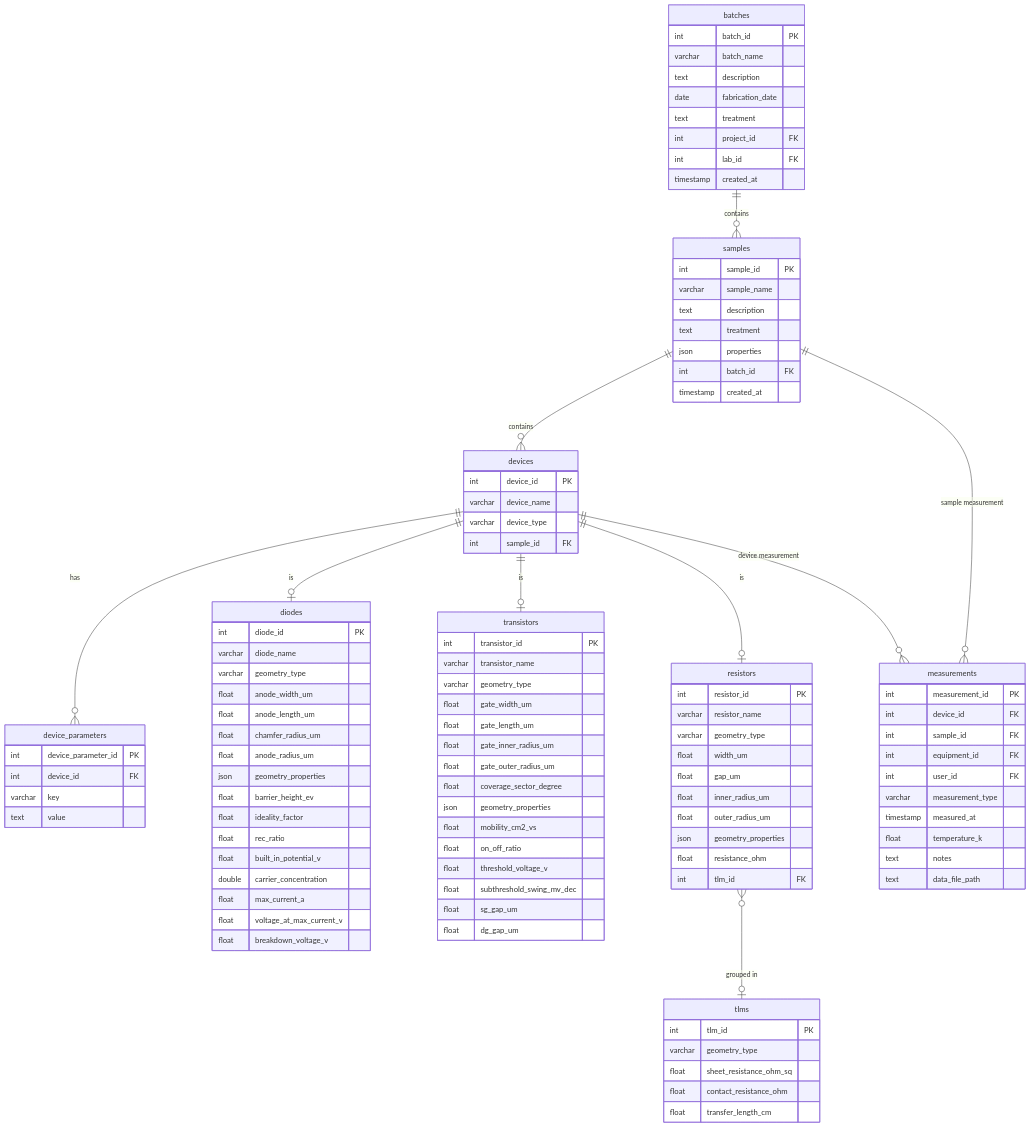
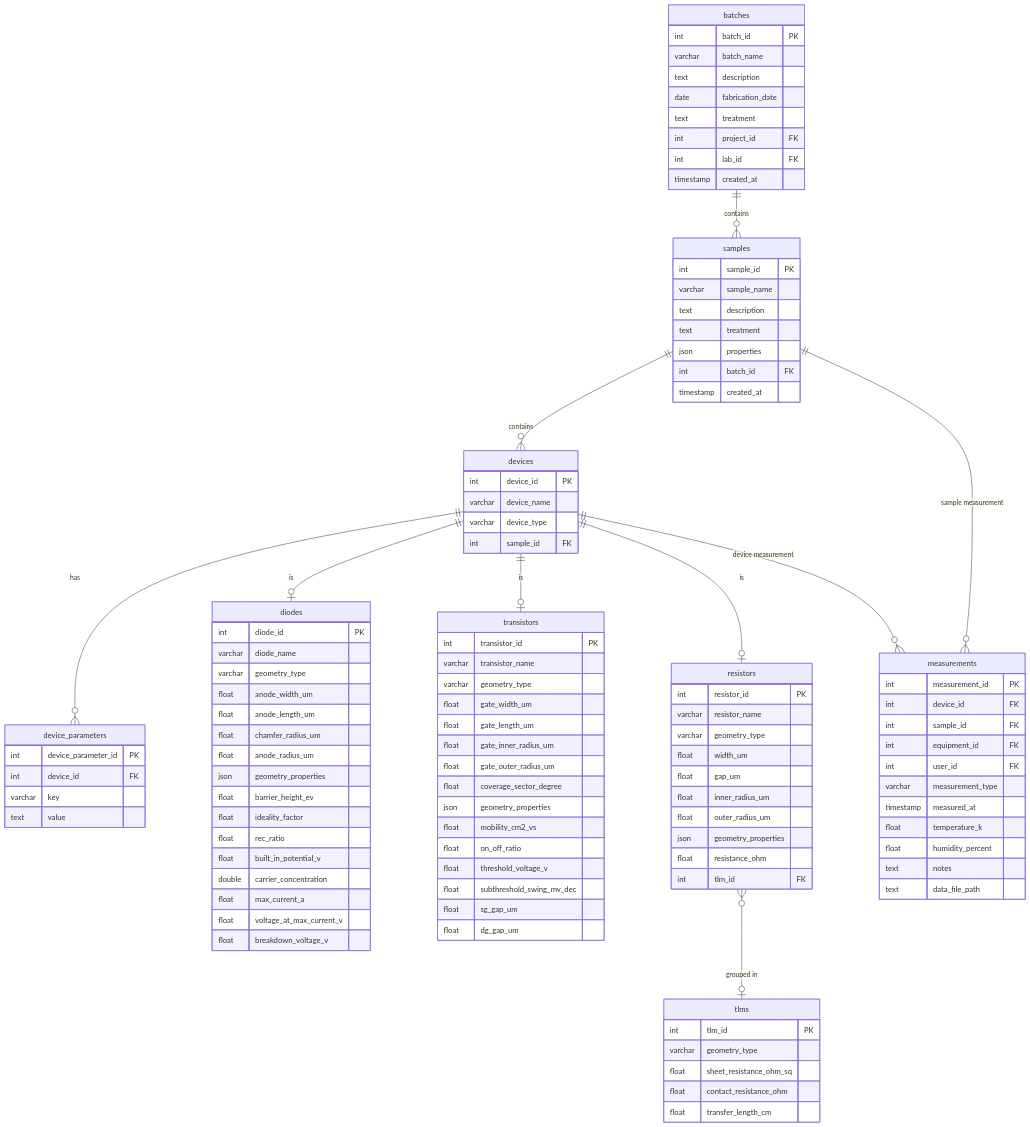
Before and after one commit to GitTurtleDone/ExpeGraph: the second of 2 diagrams in docs/design/DatabaseSchema.md, drawn with Mermaid. The commit also changed other lines of this file and 34 other files, not shown here.

```diff
--- a/docs/design/DatabaseSchema.md
+++ b/docs/design/DatabaseSchema.md
@@ -229,6 +229,7 @@
         varchar measurement_type
         timestamp measured_at
         float temperature_k
+        float humidity_percent
         text notes
         text data_file_path
     }
```
